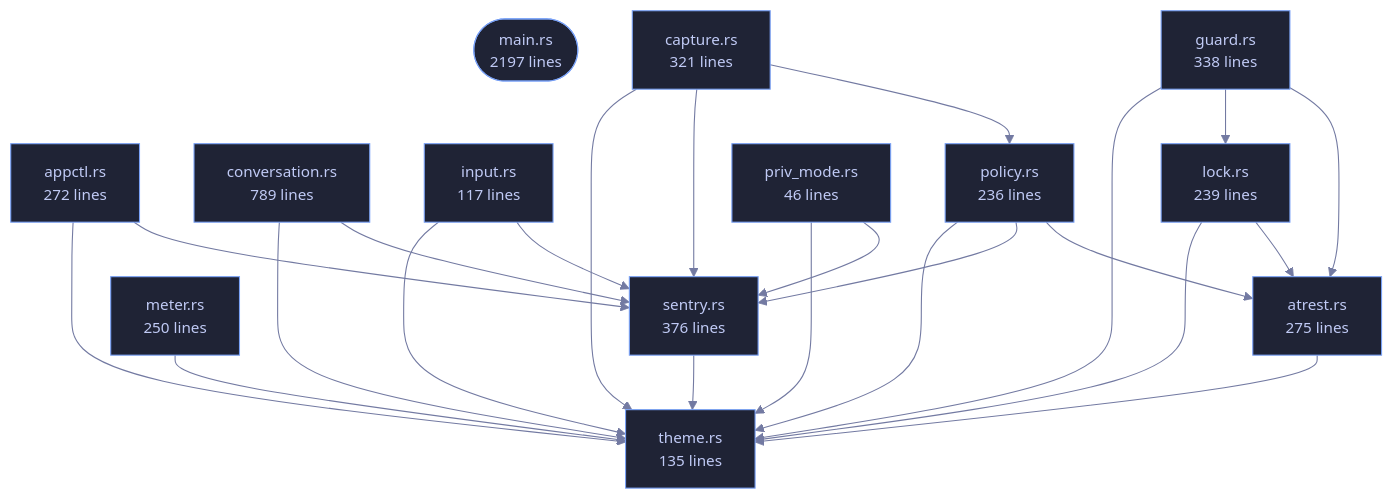
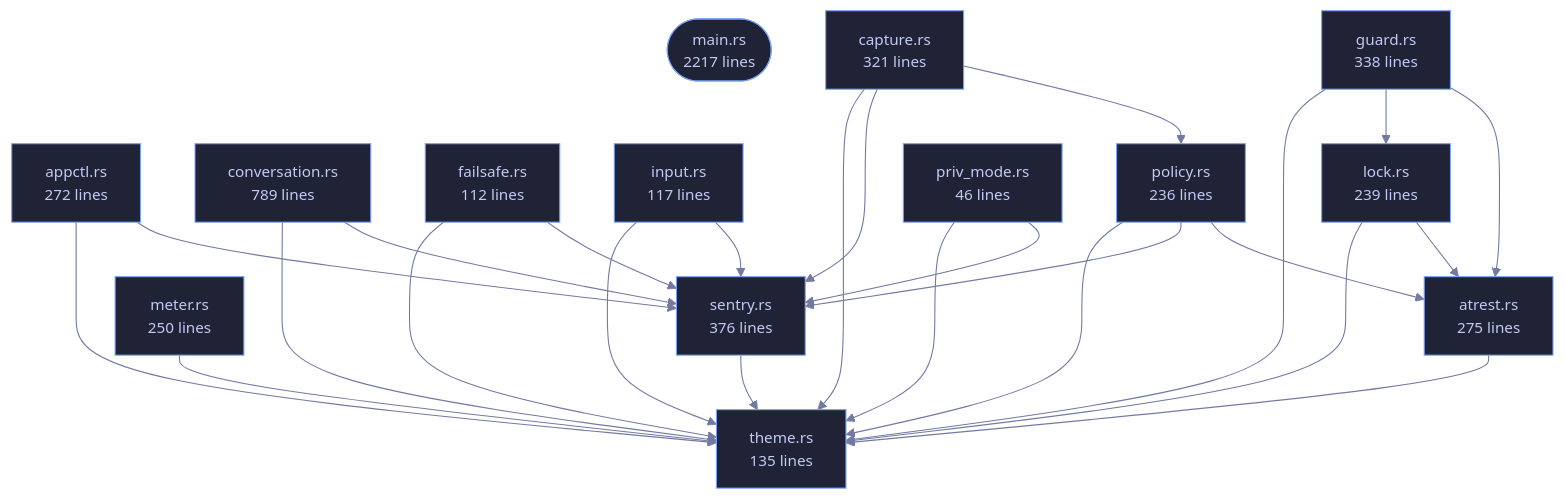
One commit to tilas01/veilvoice changed the diagram in crates/veilvoice-cli/README.md. Above: the diagram before and after it, drawn with Mermaid. The commit also changed other lines of this file and 69 other files, not shown here.

````diff
--- a/crates/veilvoice-cli/README.md
+++ b/crates/veilvoice-cli/README.md
@@ -110,52 +110,56 @@
 ```mermaid
 %%{init: {"theme":"base","themeVariables":{"background":"#1a1b26","primaryColor":"#1f2335","primaryTextColor":"#c0caf5","primaryBorderColor":"#7aa2f7","secondaryColor":"#16161e","tertiaryColor":"#16161e","lineColor":"#737aa2","textColor":"#c0caf5","mainBkg":"#1f2335","nodeBorder":"#7aa2f7","clusterBkg":"#16161e","clusterBorder":"#2f3549","fontFamily":"ui-monospace, SFMono-Regular, Consolas, monospace","fontSize":"14px"}}}%%
 flowchart TD
-    n_main(["main.rs<br/>2197 lines"])
+    n_main(["main.rs<br/>2217 lines"])
     n_appctl["appctl.rs<br/>272 lines"]
     n_atrest["atrest.rs<br/>275 lines"]
     n_capture["capture.rs<br/>321 lines"]
     n_conversation["conversation.rs<br/>789 lines"]
+    n_failsafe["failsafe.rs<br/>112 lines"]
     n_guard["guard.rs<br/>338 lines"]
     n_input["input.rs<br/>117 lines"]
     n_lock["lock.rs<br/>239 lines"]
     n_meter["meter.rs<br/>250 lines"]
     n_policy["policy.rs<br/>236 lines"]
     n_priv_mode["priv_mode.rs<br/>46 lines"]
     n_sentry["sentry.rs<br/>376 lines"]
     n_theme["theme.rs<br/>135 lines"]
     n_appctl --> n_sentry
     n_appctl --> n_theme
     n_atrest --> n_theme
     n_capture --> n_policy
     n_capture --> n_sentry
     n_capture --> n_theme
     n_conversation --> n_sentry
     n_conversation --> n_theme
+    n_failsafe --> n_sentry
+    n_failsafe --> n_theme
     n_guard --> n_atrest
     n_guard --> n_lock
     n_guard --> n_theme
     n_input --> n_sentry
     n_input --> n_theme
     n_lock --> n_atrest
     n_lock --> n_theme
     n_meter --> n_theme
     n_policy --> n_atrest
     n_policy --> n_sentry
     n_policy --> n_theme
     n_priv_mode --> n_sentry
     n_priv_mode --> n_theme
     n_sentry --> n_theme
     click n_main href "https://github.com/tilas01/veilvoice/blob/main/crates/veilvoice-cli/src/main.rs" "open the source"
     click n_appctl href "https://github.com/tilas01/veilvoice/blob/main/crates/veilvoice-cli/src/appctl.rs" "open the source"
     click n_atrest href "https://github.com/tilas01/veilvoice/blob/main/crates/veilvoice-cli/src/atrest.rs" "open the source"
     click n_capture href "https://github.com/tilas01/veilvoice/blob/main/crates/veilvoice-cli/src/capture.rs" "open the source"
     click n_conversation href "https://github.com/tilas01/veilvoice/blob/main/crates/veilvoice-cli/src/conversation.rs" "open the source"
+    click n_failsafe href "https://github.com/tilas01/veilvoice/blob/main/crates/veilvoice-cli/src/failsafe.rs" "open the source"
     click n_guard href "https://github.com/tilas01/veilvoice/blob/main/crates/veilvoice-cli/src/guard.rs" "open the source"
     click n_input href "https://github.com/tilas01/veilvoice/blob/main/crates/veilvoice-cli/src/input.rs" "open the source"
     click n_lock href "https://github.com/tilas01/veilvoice/blob/main/crates/veilvoice-cli/src/lock.rs" "open the source"
     click n_meter href "https://github.com/tilas01/veilvoice/blob/main/crates/veilvoice-cli/src/meter.rs" "open the source"
     click n_policy href "https://github.com/tilas01/veilvoice/blob/main/crates/veilvoice-cli/src/policy.rs" "open the source"
     click n_priv_mode href "https://github.com/tilas01/veilvoice/blob/main/crates/veilvoice-cli/src/priv_mode.rs" "open the source"
     click n_sentry href "https://github.com/tilas01/veilvoice/blob/main/crates/veilvoice-cli/src/sentry.rs" "open the source"
     click n_theme href "https://github.com/tilas01/veilvoice/blob/main/crates/veilvoice-cli/src/theme.rs" "open the source"
 ```
````
